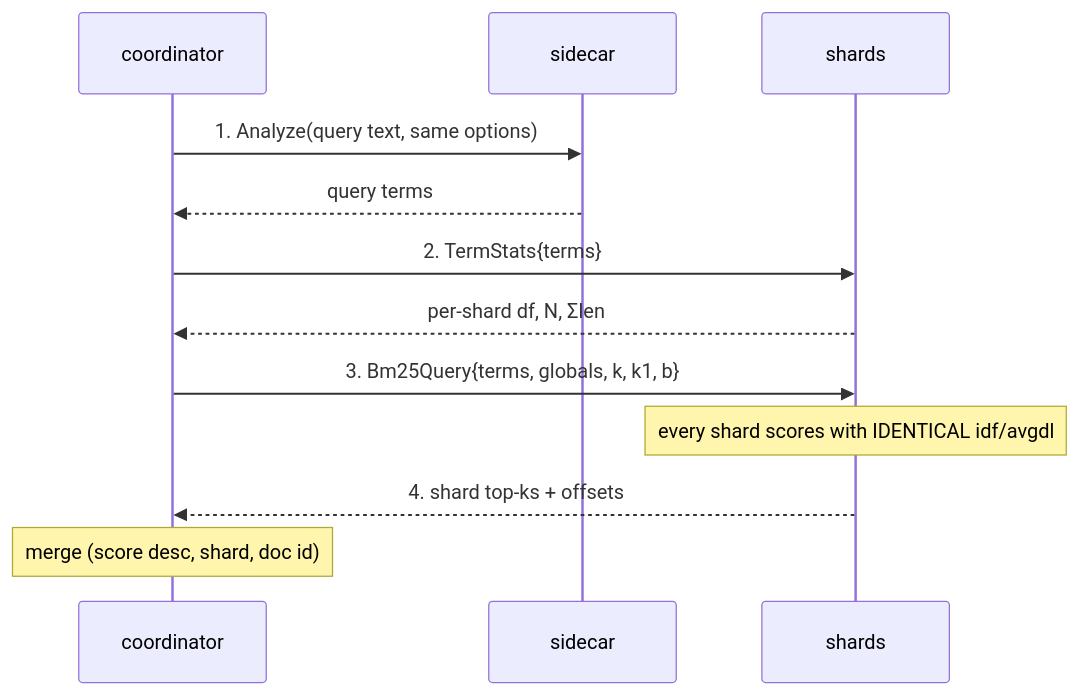
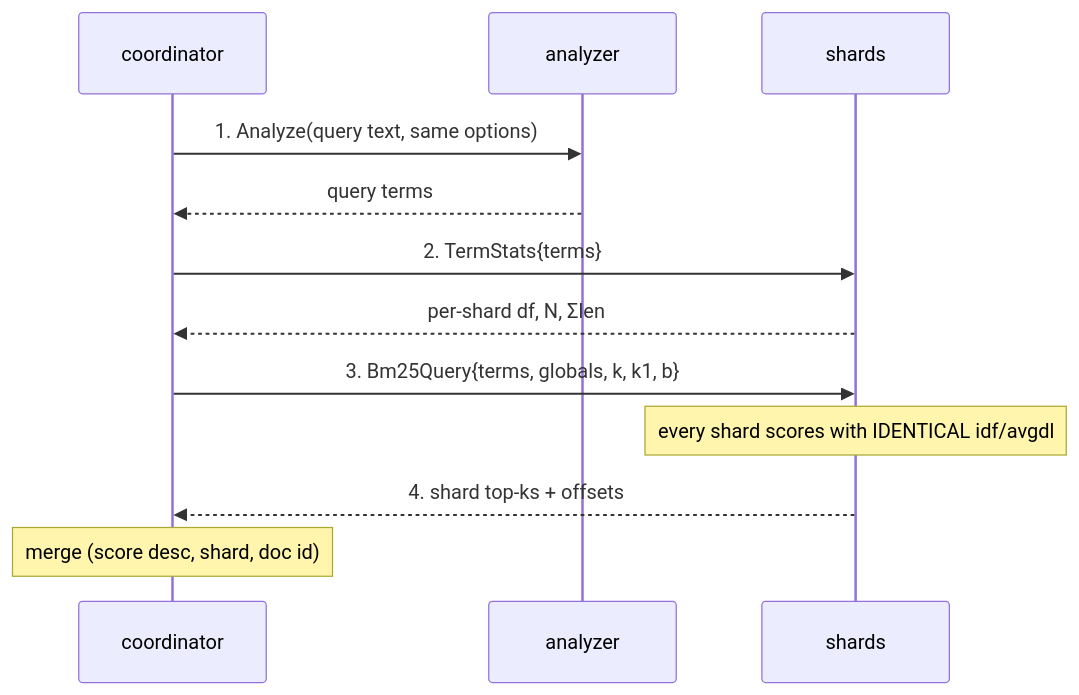
One commit to ai-pipestream/protomolt-search changed the second of 2 diagrams in README.md. Above: the diagram before and after it, drawn with Mermaid. The commit also changed other lines of this file and 15 other files, not shown here.

````diff
--- a/README.md
+++ b/README.md
@@ -322,14 +336,14 @@
 ```mermaid
 sequenceDiagram
     participant C as coordinator
-    participant SC as sidecar
+    participant A as analyzer
     participant S as shards
-    C->>SC: 1. Analyze(query text, same options)
-    SC-->>C: query terms
+    C->>A: 1. Analyze(query text, same options)
+    A-->>C: query terms
     C->>S: 2. TermStats{terms}
     S-->>C: per-shard df, N, Σlen
     C->>S: 3. Bm25Query{terms, globals, k, k1, b}
     Note over S: every shard scores with IDENTICAL idf/avgdl
     S-->>C: 4. shard top-ks + offsets
     Note over C: merge (score desc, shard, doc id)
 ```
````
